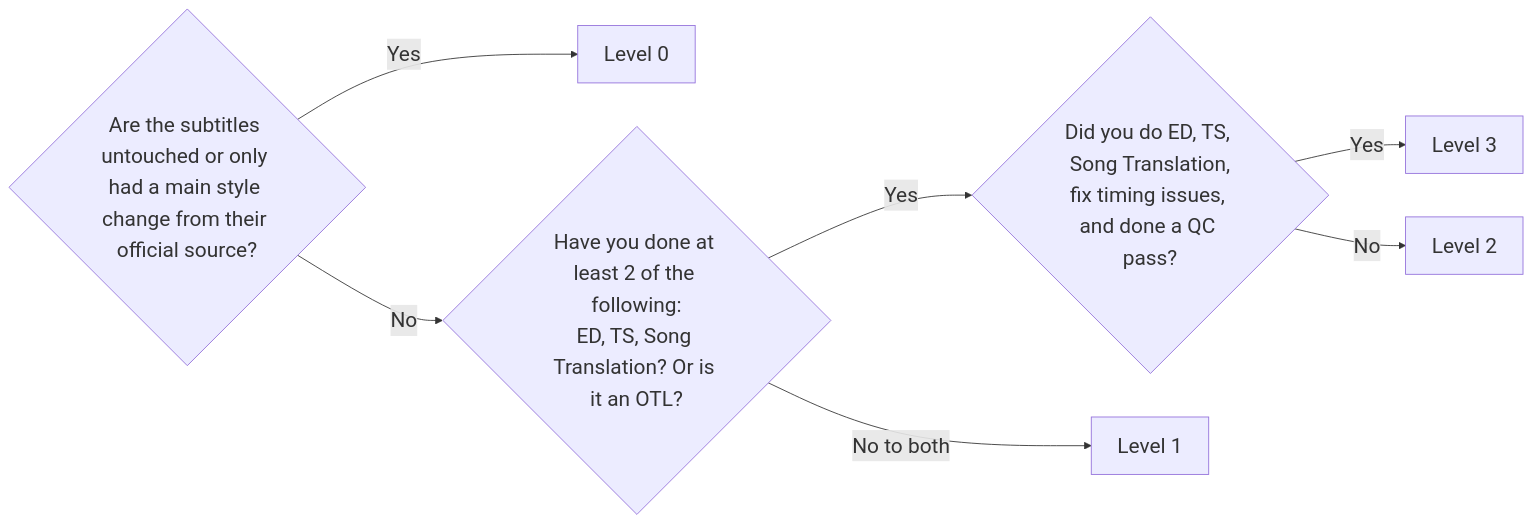
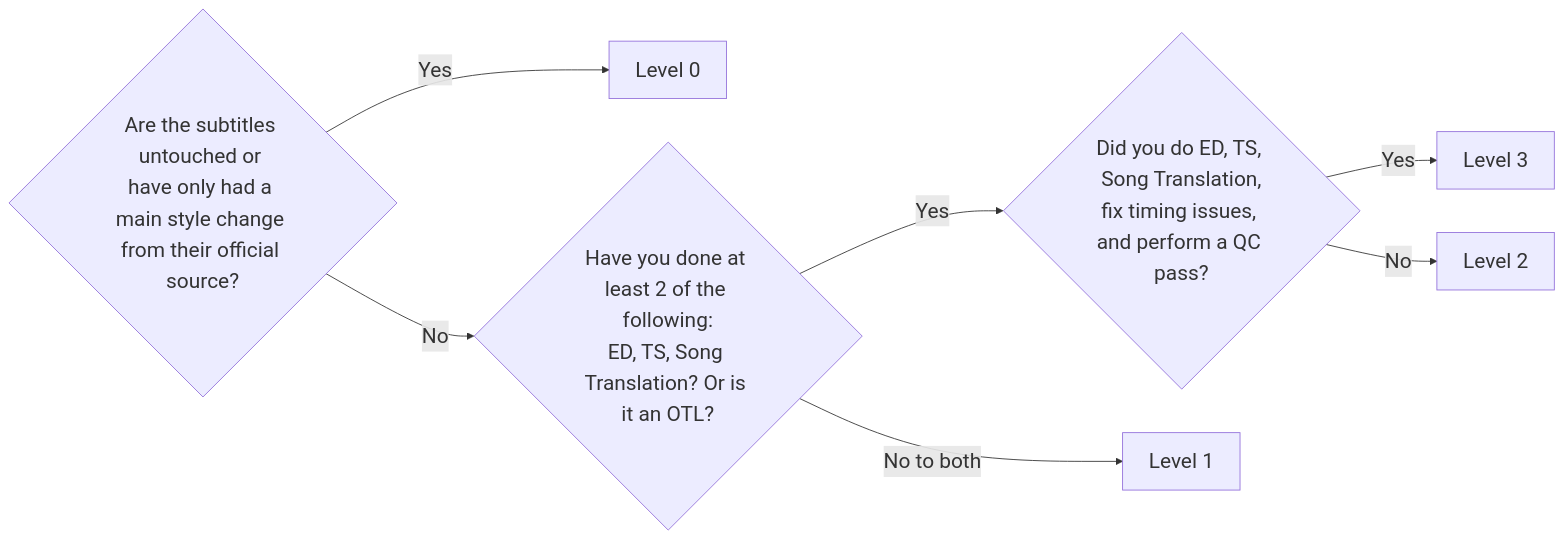
Before and after one commit to nekoBT/wiki: the diagram in Info/sub levels.md, drawn with Mermaid. The commit also changed other lines of this file and 3 other files, not shown here.

````diff
--- a/Info/sub levels.md
+++ b/Info/sub levels.md
@@ -42,15 +42,15 @@
 ```mermaid
 ---
 config:
     themeVariables:
         fontSize: '24px'
         backgroundColor: 'transparent'
 ---
 graph LR
-    A{Are the subtitles untouched or only had a main style change from their official source?} -->|Yes| B[Level 0]
+    A{Are the subtitles untouched or have only had a main style change from their official source?} -->|Yes| B[Level 0]
     A -->|No| C{Have you done at least 2 of the following:<br>ED, TS, Song Translation? Or is it an OTL?}
-    C -->|Yes| E{Did you do ED, TS, Song Translation,<br>fix timing issues, and done a QC pass?}
+    C -->|Yes| E{Did you do ED, TS, Song Translation,<br>fix timing issues, and perform a QC pass?}
     C -->|No to both| D[Level 1]
     E -->|Yes| G[Level 3]
     E -->|No| F[Level 2]
 ```
````
